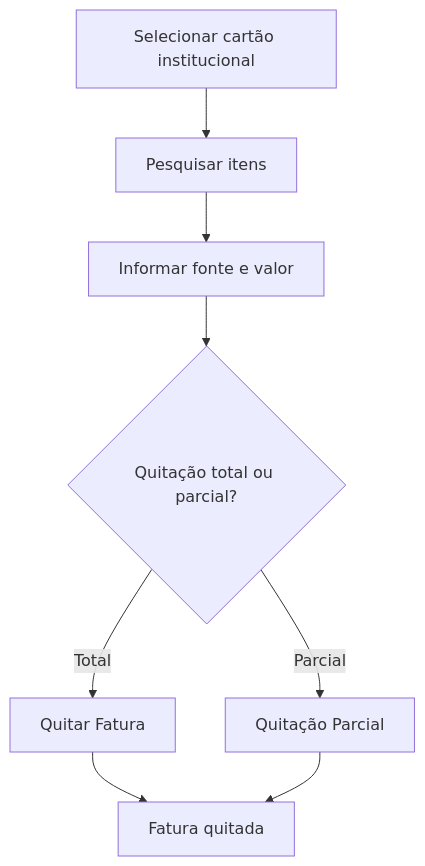
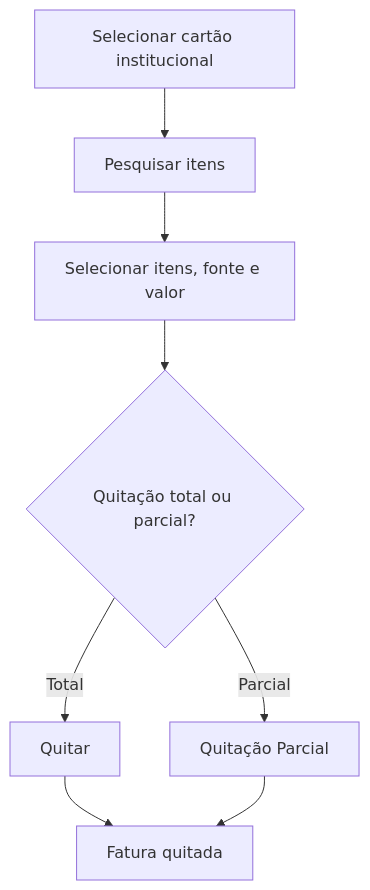
The diagram in docs/financeiro/fatura-cartao.md (rlopeslameira/harpia-docs), drawn with Mermaid before and after one commit. The commit also changed other lines of this file and 29 other files, not shown here.

````diff
--- a/docs/financeiro/fatura-cartao.md
+++ b/docs/financeiro/fatura-cartao.md
@@ -88,10 +119,10 @@
 ```mermaid
 flowchart TD
     A[Selecionar cartão institucional] --> B[Pesquisar itens]
-    B --> C[Informar fonte e valor]
+    B --> C[Selecionar itens, fonte e valor]
     C --> D{Quitação total ou parcial?}
-    D -->|Total| E[Quitar Fatura]
+    D -->|Total| E[Quitar]
     D -->|Parcial| F[Quitação Parcial]
     E --> G[Fatura quitada]
     F --> G[Fatura quitada]
 ```
````
